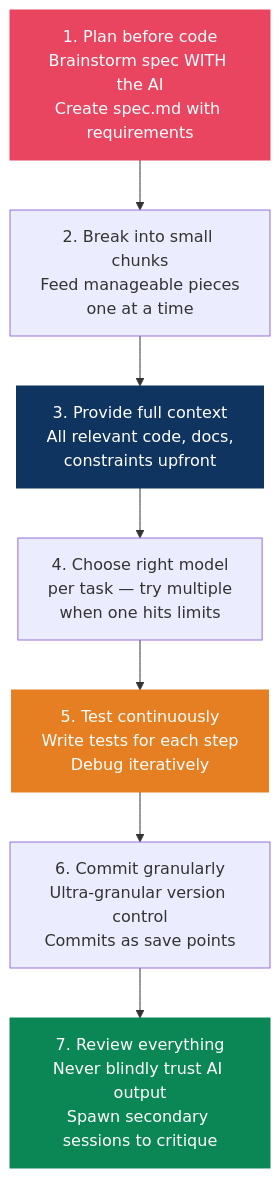
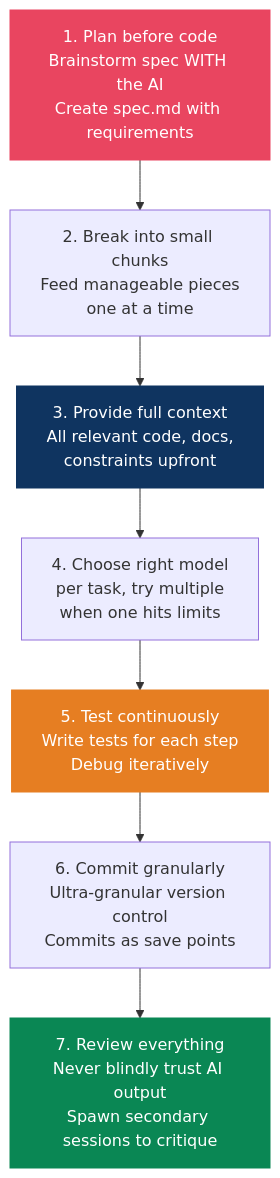
Before and after one commit to Cyvid7-Darus10/peak-self: the second of 3 diagrams in engineering/dev-setup.md, drawn with Mermaid. The commit also changed other lines of this file and 12 other files, not shown here.

````diff
--- a/engineering/dev-setup.md
+++ b/engineering/dev-setup.md
@@ -127,13 +124,13 @@
 ```mermaid
 flowchart TD
     A["1. Plan before code<br/>Brainstorm spec WITH the AI<br/>Create spec.md with requirements"] --> B["2. Break into small chunks<br/>Feed manageable pieces<br/>one at a time"]
     B --> C["3. Provide full context<br/>All relevant code, docs,<br/>constraints upfront"]
-    C --> D["4. Choose right model<br/>per task — try multiple<br/>when one hits limits"]
+    C --> D["4. Choose right model<br/>per task, try multiple<br/>when one hits limits"]
     D --> E["5. Test continuously<br/>Write tests for each step<br/>Debug iteratively"]
     E --> F["6. Commit granularly<br/>Ultra-granular version control<br/>Commits as save points"]
     F --> G["7. Review everything<br/>Never blindly trust AI output<br/>Spawn secondary sessions to critique"]
     style A fill:#e94560,stroke:#e94560,color:#fff
     style C fill:#0f3460,stroke:#0f3460,color:#fff
     style E fill:#e67e22,stroke:#e67e22,color:#fff
     style G fill:#0a8754,stroke:#0a8754,color:#fff
 ```
````
